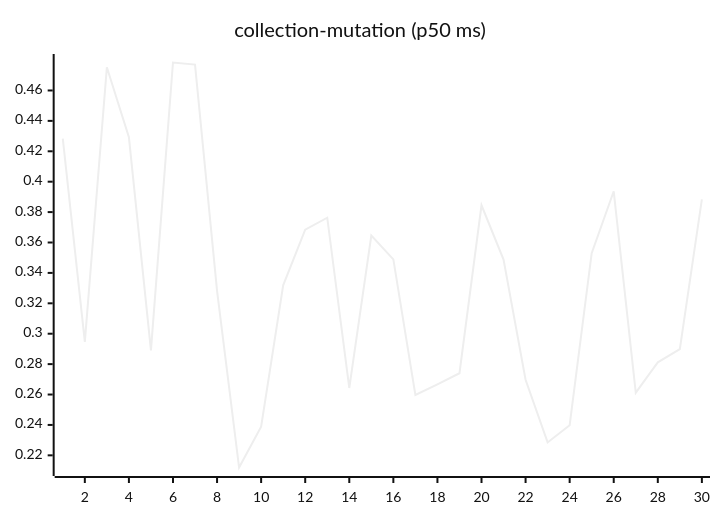
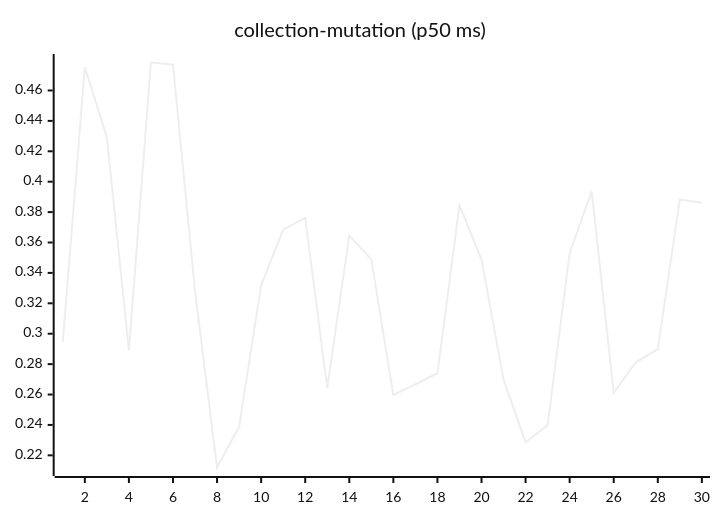
The sixth of 27 diagrams in README.md (josha/Facet), drawn with Mermaid (neutral theme) before and after one commit. The commit also changed other lines of this file and 2 other files, not shown here.

````diff
--- a/README.md
+++ b/README.md
@@ -98,6 +98,6 @@
 ```mermaid
 xychart-beta
     title "collection-mutation (p50 ms)"
     x-axis 1 --> 30
-    line [0.4283, 0.2946, 0.4753, 0.4292, 0.2890, 0.4784, 0.4770, 0.3282, 0.2120, 0.2388, 0.3318, 0.3684, 0.3763, 0.2643, 0.3646, 0.3489, 0.2597, 0.2667, 0.2740, 0.3845, 0.3488, 0.2697, 0.2285, 0.2398, 0.3530, 0.3937, 0.2612, 0.2812, 0.2898, 0.3883]
+    line [0.2946, 0.4753, 0.4292, 0.2890, 0.4784, 0.4770, 0.3282, 0.2120, 0.2388, 0.3318, 0.3684, 0.3763, 0.2643, 0.3646, 0.3489, 0.2597, 0.2667, 0.2740, 0.3845, 0.3488, 0.2697, 0.2285, 0.2398, 0.3530, 0.3937, 0.2612, 0.2812, 0.2898, 0.3883, 0.3861]
 ```
````
